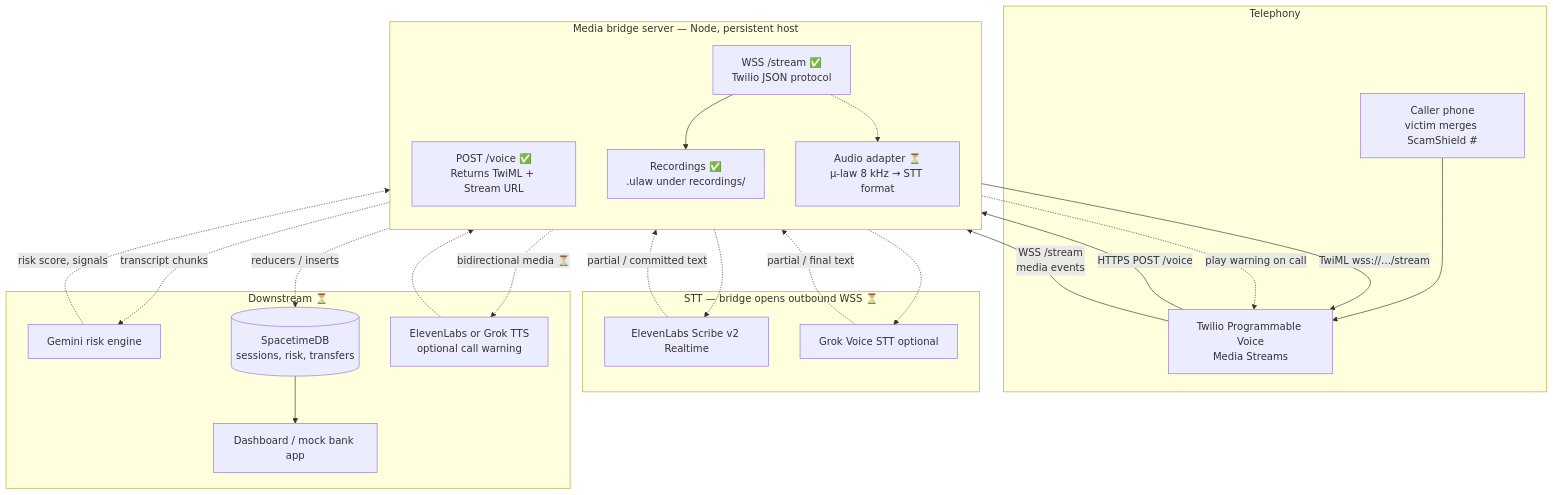
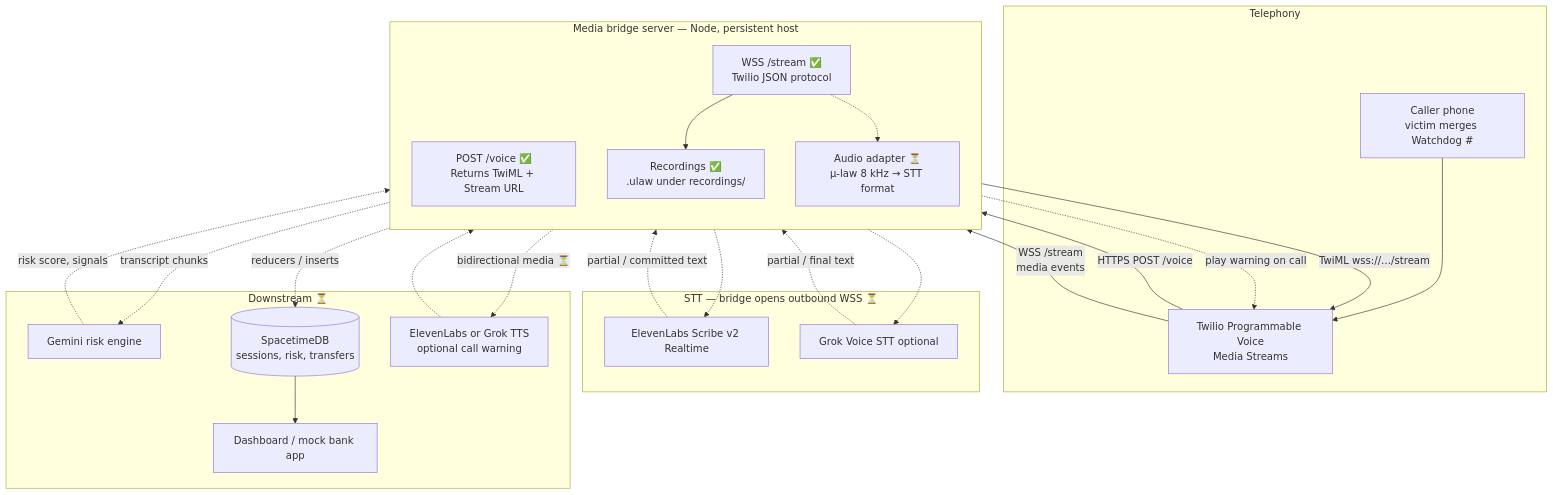
The first of 2 diagrams in Twilio/ARCHITECTURE.md (RajaRakshith/MHacks-2026), drawn with Mermaid before and after one commit. The commit also changed other lines of this file and 102 other files, not shown here.

````diff
--- a/Twilio/ARCHITECTURE.md
+++ b/Twilio/ARCHITECTURE.md
@@ -9,47 +9,47 @@
 ```mermaid
 flowchart TB
   subgraph telephony [Telephony]
-    Phone[Caller phone<br/>victim merges ScamShield #]
+    Phone[Caller phone<br/>victim merges Watchdog #]
     Twilio[Twilio Programmable Voice<br/>Media Streams]
   end
 
   subgraph bridge [Media bridge server — Node, persistent host]
     direction TB
     Voice["POST /voice ✅<br/>Returns TwiML + Stream URL"]
     Stream["WSS /stream ✅<br/>Twilio JSON protocol"]
     Adapt["Audio adapter ⏳<br/>μ-law 8 kHz → STT format"]
     Record["Recordings ✅<br/>.ulaw under recordings/"]
   end
 
   subgraph stt [STT — bridge opens outbound WSS ⏳]
     EL[ElevenLabs Scribe v2 Realtime]
     Grok[Grok Voice STT optional]
   end
 
   subgraph downstream [Downstream ⏳]
     Gemini[Gemini risk engine]
     STDB[(SpacetimeDB<br/>sessions, risk, transfers)]
     UI[Dashboard / mock bank app]
     TTS[ElevenLabs or Grok TTS<br/>optional call warning]
   end
 
   Phone --> Twilio
   Twilio -->|"HTTPS POST /voice"| Voice
   Voice -->|"TwiML wss://…/stream"| Twilio
   Twilio -->|"WSS /stream<br/>media events"| Stream
   Stream --> Record
 
   Stream -.-> Adapt
   Adapt -.-> EL
   Adapt -.-> Grok
   EL -.->|"partial / committed text"| Stream
   Grok -.->|"partial / final text"| Stream
 
   Stream -.->|"transcript chunks"| Gemini
   Gemini -.->|"risk score, signals"| Stream
   Stream -.->|"reducers / inserts"| STDB
   STDB --> UI
   Stream -.->|"bidirectional media ⏳"| TTS
   TTS -.-> Stream
   Stream -.->|"play warning on call"| Twilio
 ```
````
